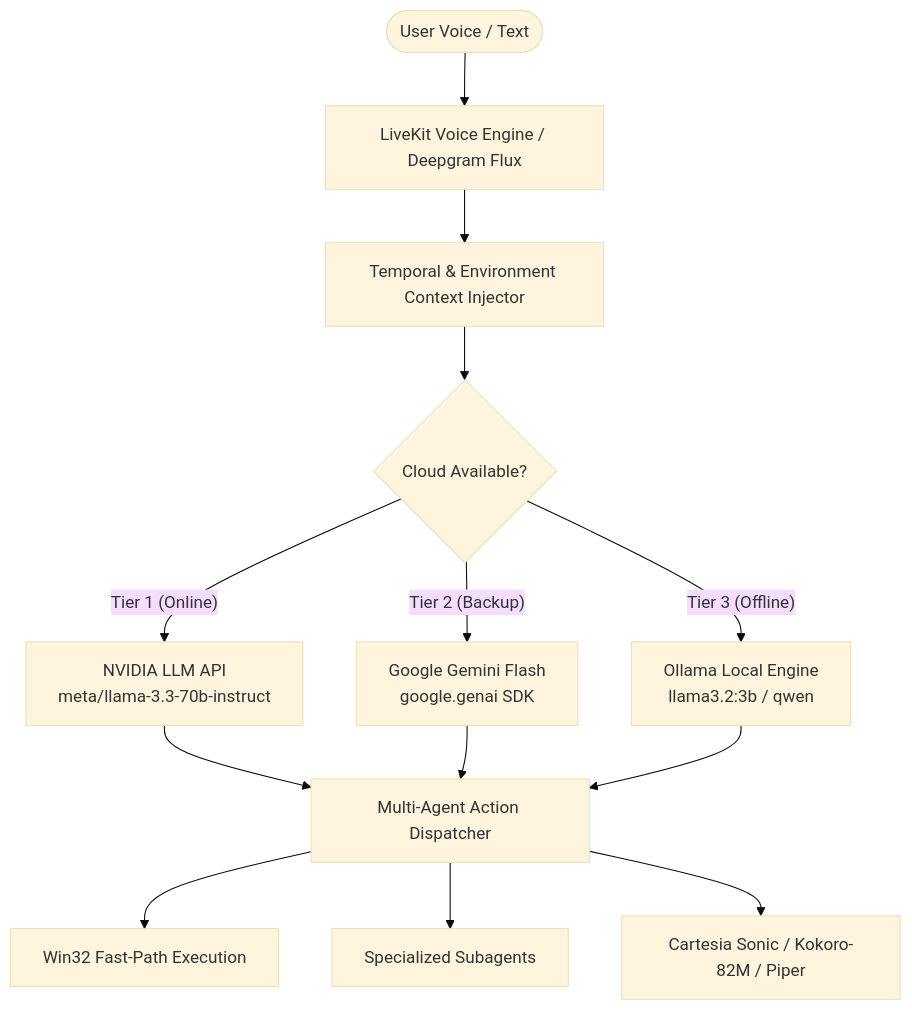
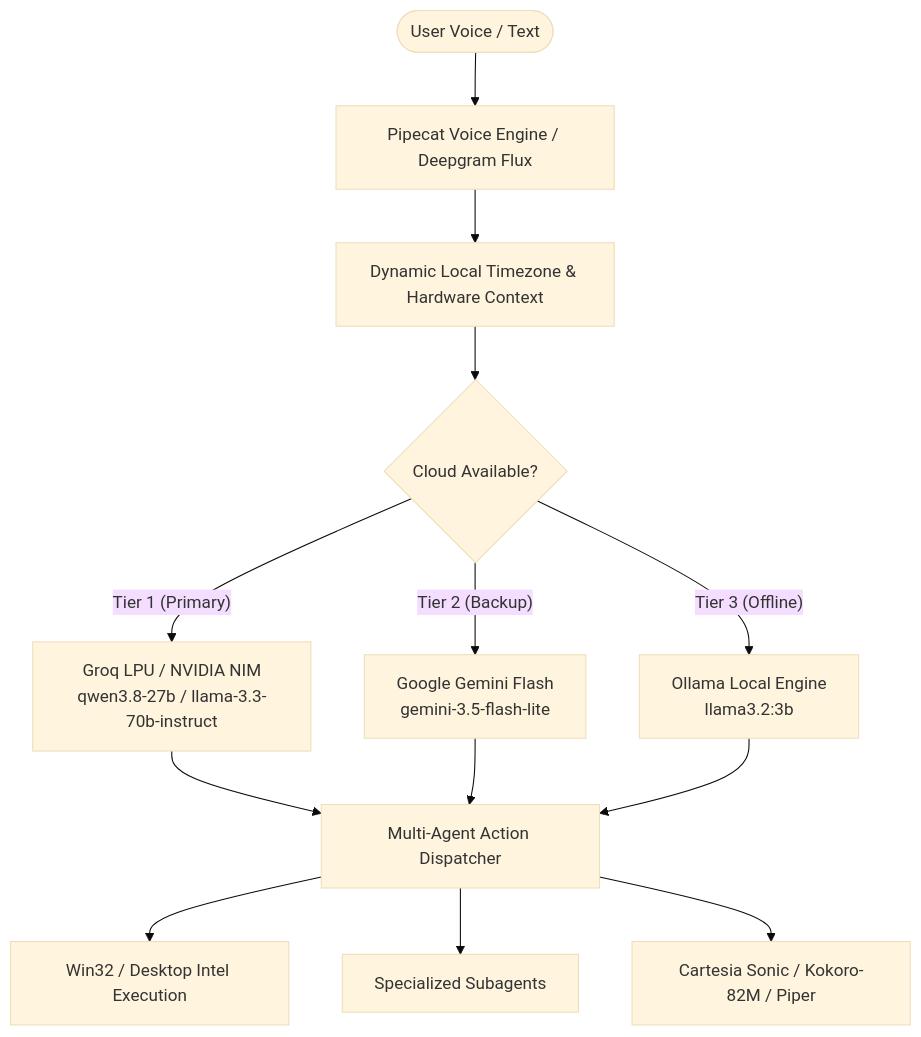
One commit to skullhacker007/Jarvis changed the first of 2 diagrams in AGENTS.md. Above: the diagram before and after it, drawn with Mermaid (base theme). The commit also changed other lines of this file and 10 other files, not shown here.

````diff
--- a/AGENTS.md
+++ b/AGENTS.md
@@ -29,18 +31,18 @@
 ```mermaid
 flowchart TD
-    User([User Voice / Text]) --> VoiceEngine[LiveKit Voice Engine / Deepgram Flux]
-    VoiceEngine --> ContextInjector[Temporal & Environment Context Injector]
+    User([User Voice / Text]) --> VoiceEngine[Pipecat Voice Engine / Deepgram Flux]
+    VoiceEngine --> ContextInjector[Dynamic Local Timezone & Hardware Context]
     ContextInjector --> BrainRouter{Cloud Available?}
     
-    BrainRouter -- Tier 1 (Online) --> NvidiaPrimary[NVIDIA LLM API\nmeta/llama-3.3-70b-instruct]
-    BrainRouter -- Tier 2 (Backup) --> GeminiBackup[Google Gemini Flash\ngoogle.genai SDK]
-    BrainRouter -- Tier 3 (Offline) --> OllamaFallback[Ollama Local Engine\nllama3.2:3b / qwen]
+    BrainRouter -- Tier 1 (Primary) --> GroqNvidia[Groq LPU / NVIDIA NIM\nqwen3.8-27b / llama-3.3-70b-instruct]
+    BrainRouter -- Tier 2 (Backup) --> GeminiBackup[Google Gemini Flash\ngemini-3.5-flash-lite]
+    BrainRouter -- Tier 3 (Offline) --> OllamaFallback[Ollama Local Engine\nllama3.2:3b]
 
-    NvidiaPrimary --> Dispatcher[Multi-Agent Action Dispatcher]
+    GroqNvidia --> Dispatcher[Multi-Agent Action Dispatcher]
     GeminiBackup --> Dispatcher
     OllamaFallback --> Dispatcher
 
-    Dispatcher --> FastPath[Win32 Fast-Path Execution]
+    Dispatcher --> FastPath[Win32 / Desktop Intel Execution]
     Dispatcher --> Subagents[Specialized Subagents]
     Dispatcher --> AudioStream[Cartesia Sonic / Kokoro-82M / Piper]
 ```
````
